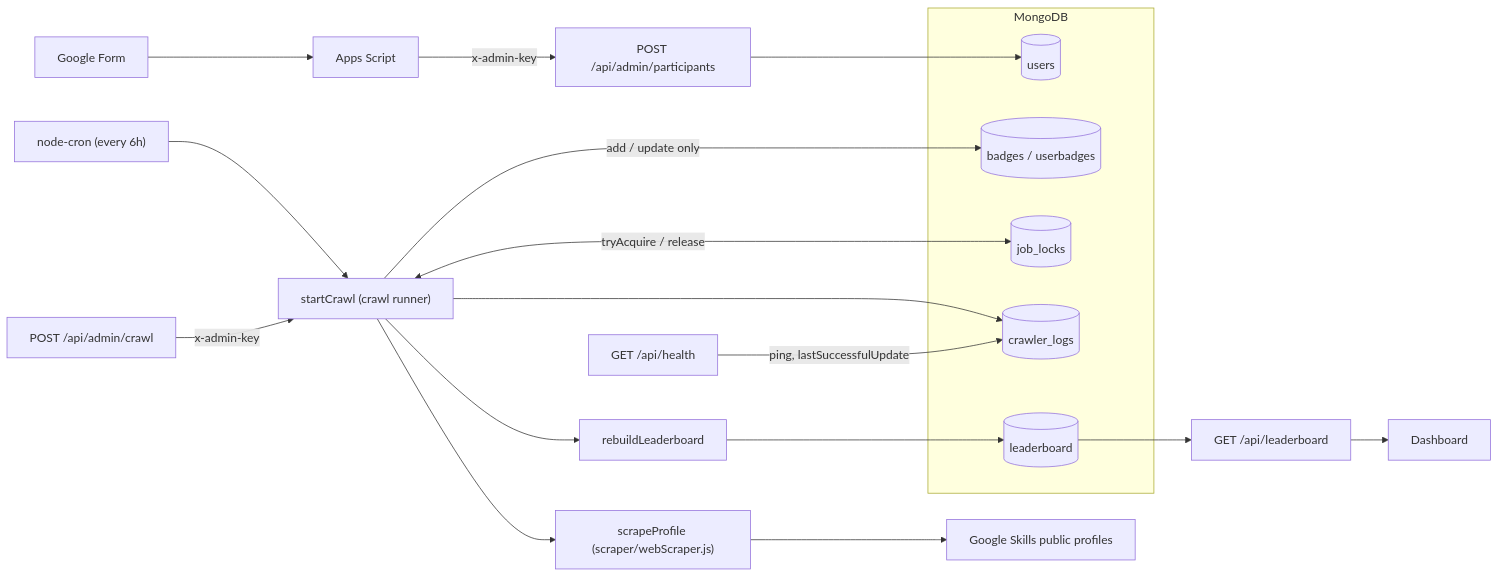
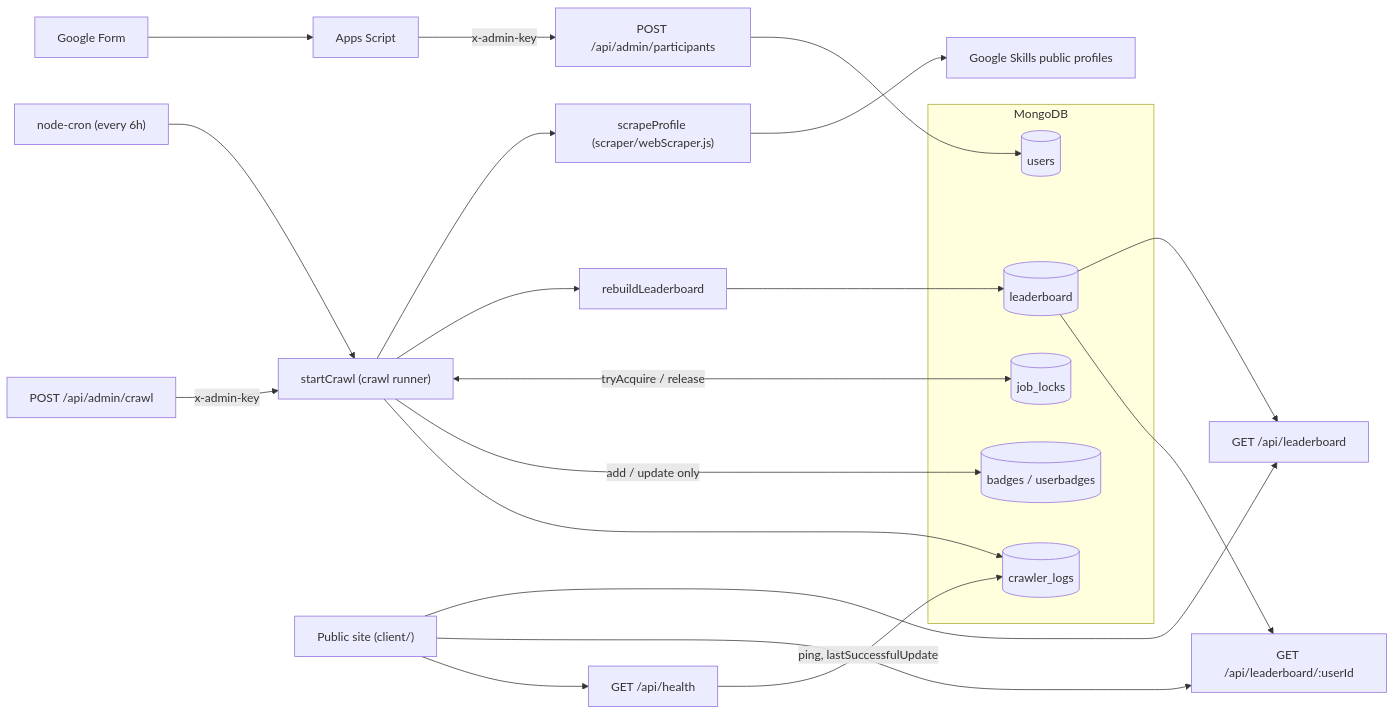
One commit to kaushalravin/Google-Skills-Leaderboard changed the first of 2 diagrams in README.md. Above: the diagram before and after it, drawn with Mermaid. The commit also changed other lines of this file and 2 other files, not shown here.

````diff
--- a/README.md
+++ b/README.md
@@ -9,28 +10,30 @@
 ```mermaid
 flowchart LR
     form["Google Form"] --> script["Apps Script"]
     script -->|"x-admin-key"| ingest["POST /api/admin/participants"]
     cron["node-cron (every 6h)"] --> runner["startCrawl (crawl runner)"]
     admin["POST /api/admin/crawl"] -->|"x-admin-key"| runner
     runner --> scraper["scrapeProfile (scraper/webScraper.js)"]
     scraper --> profiles["Google Skills public profiles"]
     runner --> rebuild["rebuildLeaderboard"]
-    lb["GET /api/leaderboard"] --> dashboard["Dashboard"]
-    health["GET /api/health"]
+    site["Public site (client/)"] --> lb["GET /api/leaderboard"]
+    site --> one["GET /api/leaderboard/:userId"]
+    site --> health["GET /api/health"]
 
     subgraph mongo["MongoDB"]
         users[("users")]
         badges[("badges / userbadges")]
         locks[("job_locks")]
         logs[("crawler_logs")]
         snapshot[("leaderboard")]
     end
 
     ingest --> users
     runner <-->|"tryAcquire / release"| locks
     runner -->|"add / update only"| badges
     runner --> logs
     rebuild --> snapshot
     snapshot --> lb
+    snapshot --> one
     health -->|"ping, lastSuccessfulUpdate"| logs
 ```
````
